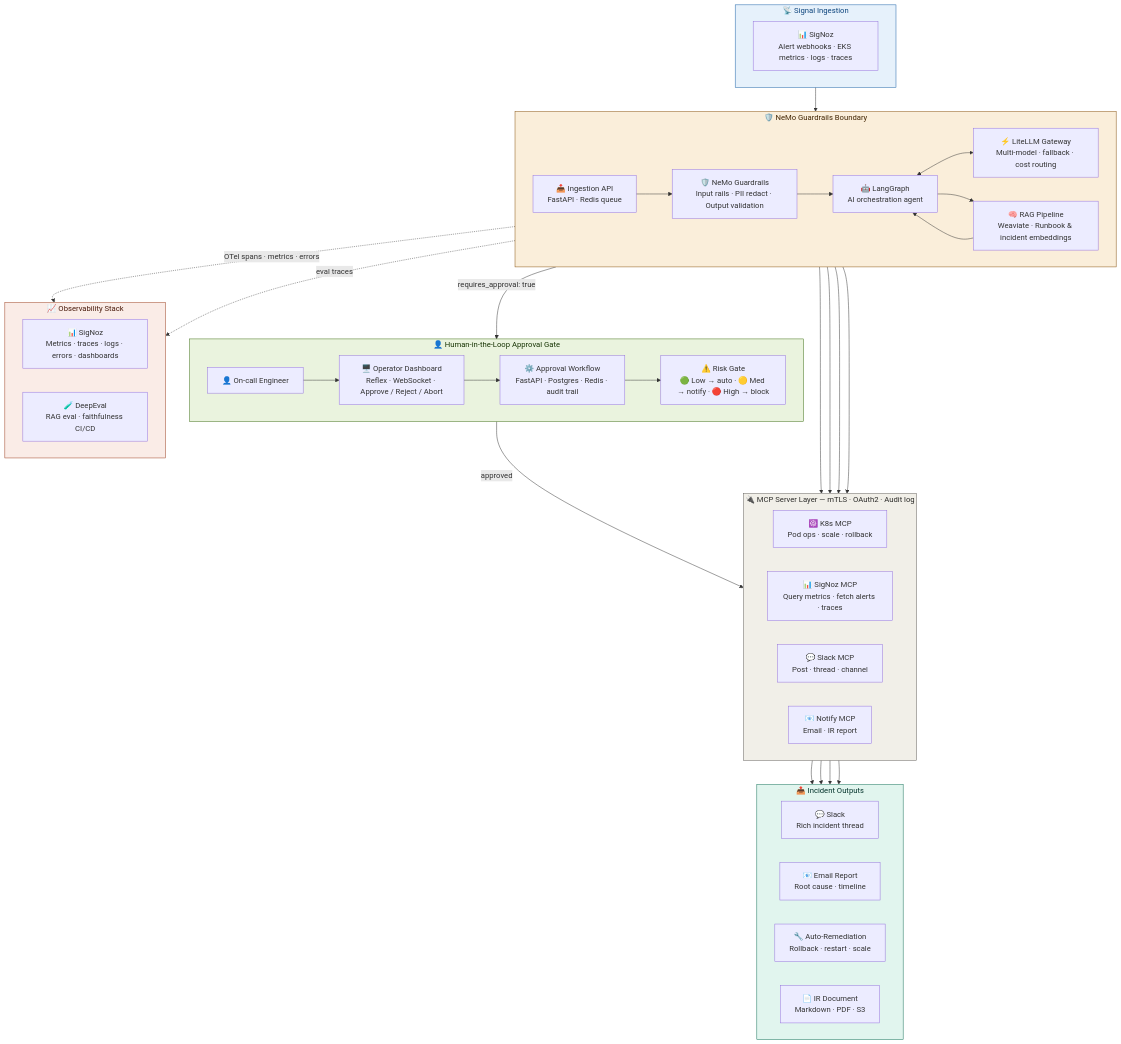
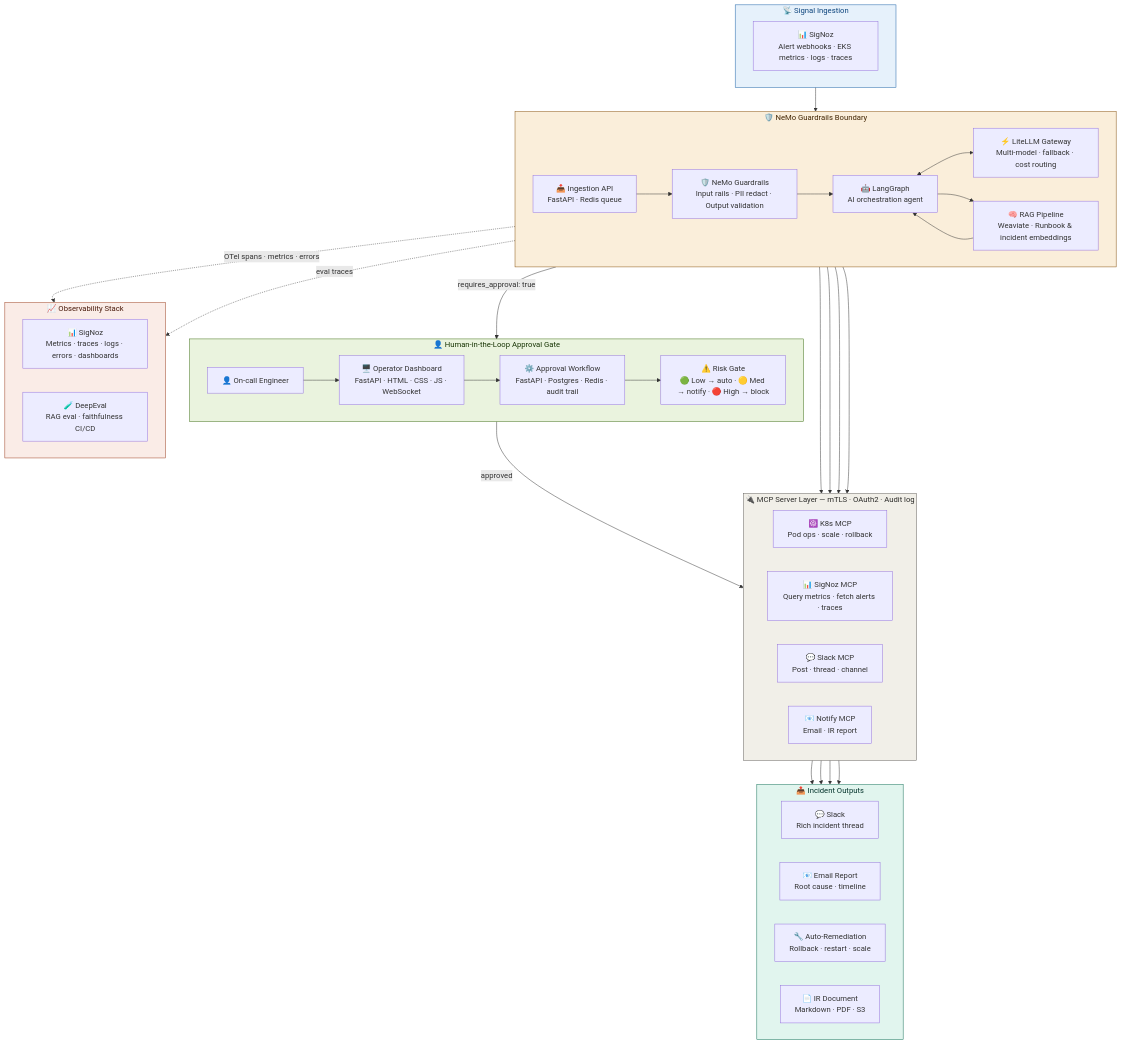
Before and after one commit to data-guru0/MERMAID-DIGRAMS: the diagram in README.md, drawn with Mermaid. The commit also changed other lines of this file, not shown here.

First line of the commit message:
Revise README for Operator Dashboard updates

````diff
--- a/README.md
+++ b/README.md
@@ -9,79 +9,79 @@
 ```mermaid
 flowchart TD
   subgraph SIG["📡  Signal Ingestion"]
     direction LR
     SNZ["📊 SigNoz\nAlert webhooks · EKS metrics · logs · traces"]
   end
 
   subgraph GUARD["🛡️  NeMo Guardrails Boundary"]
     direction LR
     ING["📥 Ingestion API\nFastAPI · Redis queue"]
     NEMO["🛡️ NeMo Guardrails\nInput rails · PII redact · Output validation"]
     LG["🤖 LangGraph\nAI orchestration agent"]
     GW["⚡ LiteLLM Gateway\nMulti-model · fallback · cost routing"]
     RAG["🧠 RAG Pipeline\nWeaviate · Runbook & incident embeddings"]
   end
 
   subgraph MCP["🔌  MCP Server Layer  —  mTLS · OAuth2 · Audit log"]
     direction LR
     K8S["☸️ K8s MCP\nPod ops · scale · rollback"]
     SNZMCP["📊 SigNoz MCP\nQuery metrics · fetch alerts · traces"]
     SLMCP["💬 Slack MCP\nPost · thread · channel"]
     NTMCP["📧 Notify MCP\nEmail · IR report"]
   end
 
   subgraph HITL["👤  Human-in-the-Loop Approval Gate"]
     direction LR
     HUMAN["👤 On-call Engineer"]
-    DASH["🖥️ Operator Dashboard\nReflex · WebSocket · Approve / Reject / Abort"]
+    DASH["🖥️ Operator Dashboard\nFastAPI · HTML · CSS · JS · WebSocket"]
     APW["⚙️ Approval Workflow\nFastAPI · Postgres · Redis · audit trail"]
     RISK["⚠️ Risk Gate\n🟢 Low → auto · 🟡 Med → notify · 🔴 High → block"]
   end
 
   subgraph OBS["📈  Observability Stack"]
     direction LR
     SIGOBS["📊 SigNoz\nMetrics · traces · logs · errors · dashboards"]
     EVAL["🧪 DeepEval\nRAG eval · faithfulness CI/CD"]
   end
 
   subgraph OUT["📤  Incident Outputs"]
     direction LR
     SLACK["💬 Slack\nRich incident thread"]
     EMAIL["📧 Email Report\nRoot cause · timeline"]
     REMED["🔧 Auto-Remediation\nRollback · restart · scale"]
     IRDOC["📄 IR Document\nMarkdown · PDF · S3"]
   end
 
   SNZ --> ING
   ING --> NEMO
   NEMO --> LG
   LG <--> GW
   LG --> RAG
   RAG --> LG
 
   LG --> K8S
   LG --> SNZMCP
   LG --> SLMCP
   LG --> NTMCP
 
   LG -->|"requires_approval: true"| DASH
   HUMAN --> DASH
   DASH --> APW
   APW --> RISK
   RISK -->|"approved"| K8S
 
   K8S --> REMED
   SLMCP --> SLACK
   NTMCP --> EMAIL
   NTMCP --> IRDOC
 
   LG -.->|"OTel spans · metrics · errors"| SIGOBS
   LG -.->|"eval traces"| EVAL
 
   style SIG fill:#E6F1FB,stroke:#185FA5,color:#0C447C
   style GUARD fill:#FAEEDA,stroke:#854F0B,color:#412402
   style MCP fill:#F1EFE8,stroke:#5F5E5A,color:#2C2C2A
   style HITL fill:#EAF3DE,stroke:#3B6D11,color:#173404
   style OBS fill:#FAECE7,stroke:#993C1D,color:#4A1B0C
   style OUT fill:#E1F5EE,stroke:#0F6E56,color:#04342C
 ```
````
